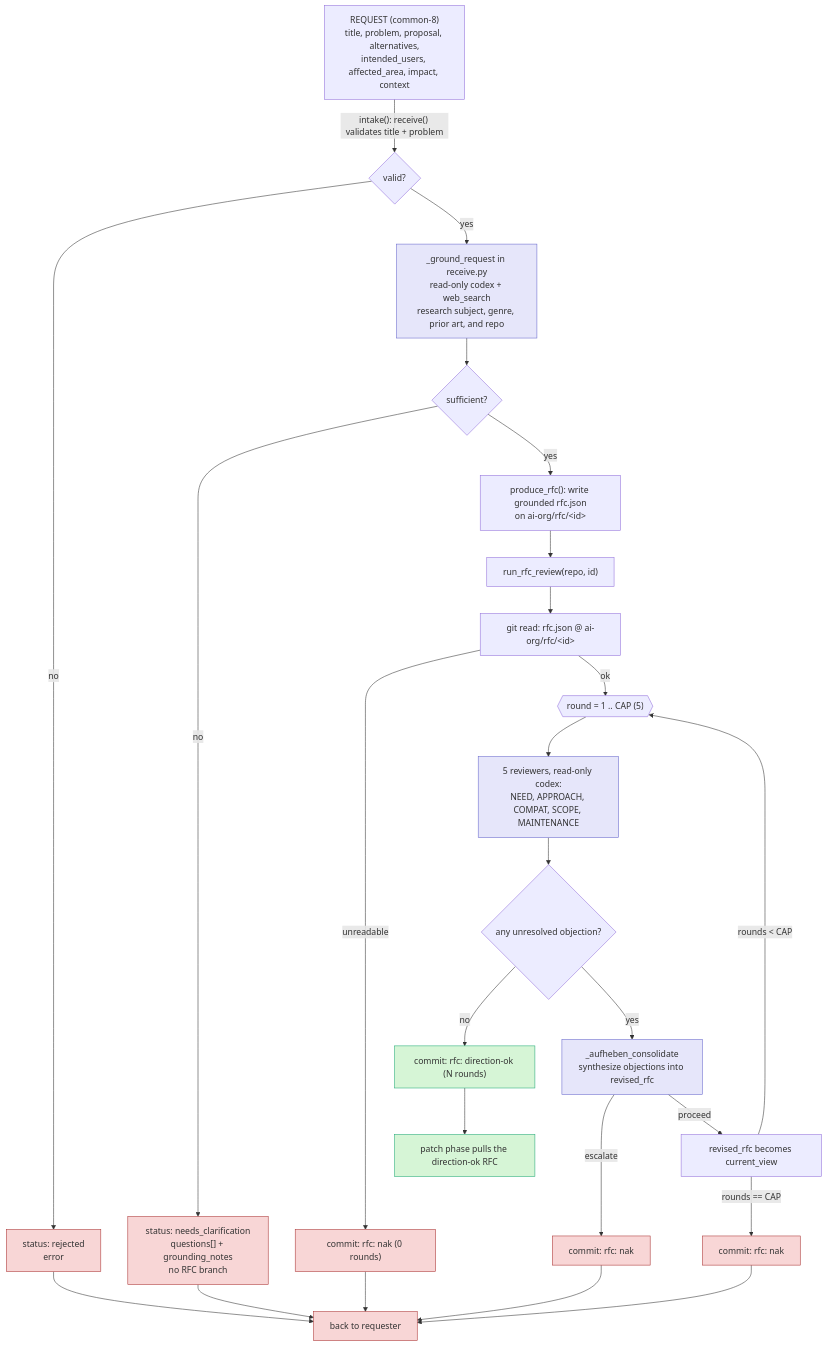
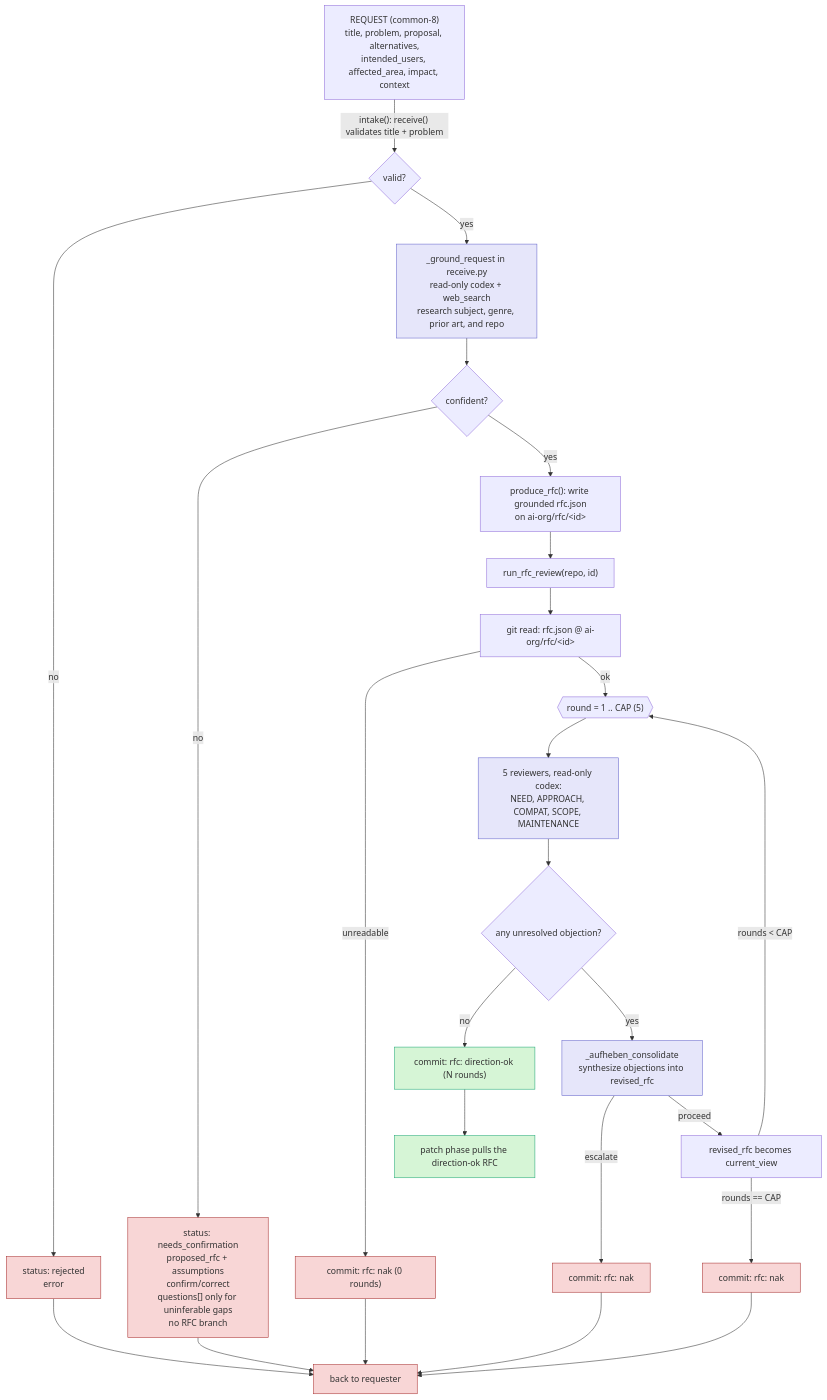
One commit to mishima-computing/ai-org-bootstrap-codex changed the diagram in docs/rfc-flow.md. Above: the diagram before and after it, drawn with Mermaid. The commit also changed other lines of this file and 2 other files, not shown here.

Commit message:
rfc/receive: grounding PROPOSES a best-guess interpretation to confirm, not blank questions
Per feedback: when a request is under-specified, use grounding to infer the most-likely interpretation and ask the
requester to confirm/correct it, instead of asking blank questions. Grounding now always builds a best-guess RFC;
if not confident, intake returns status 'needs_confirmation' with {proposed_rfc, assumptions (each inference phrased
to confirm/correct), questions (only for what research truly cannot resolve)} and creates NO branch (send-back asking
'is this what you mean?'). Confident -> promoted as before. Leverages grounding instead of a blank questionnaire.
docs/rfc-flow.md updated. tests green; isolated; schemas codex-valid.

````diff
--- a/docs/rfc-flow.md
+++ b/docs/rfc-flow.md
@@ -8,37 +8,37 @@
 ```mermaid
 flowchart TD
   REQ["REQUEST (common-8)<br/>title, problem, proposal, alternatives,<br/>intended_users, affected_area, impact, context"]
   REQ -->|"intake(): receive() validates title + problem"| V{valid?}
   V -->|no| REJ["status: rejected<br/>error"]
   V -->|yes| GROUND["_ground_request in receive.py<br/>read-only codex + web_search<br/>research subject, genre, prior art, and repo"]
-  GROUND --> S{sufficient?}
-  S -->|no| CLARIFY["status: needs_clarification<br/>questions[] + grounding_notes<br/>no RFC branch"]
+  GROUND --> S{confident?}
+  S -->|no| CONFIRM["status: needs_confirmation<br/>proposed_rfc + assumptions<br/>confirm/correct<br/>questions[] only for uninferable gaps<br/>no RFC branch"]
   S -->|yes| PROD["produce_rfc(): write grounded rfc.json<br/>on ai-org/rfc/&lt;id&gt;"]
 
   PROD --> RUN["run_rfc_review(repo, id)"]
   RUN --> READ["git read: rfc.json @ ai-org/rfc/&lt;id&gt;"]
   READ -->|unreadable| NAK0["commit: rfc: nak (0 rounds)"]
   READ -->|ok| LOOP{{"round = 1 .. CAP (5)"}}
   LOOP --> REV["5 reviewers, read-only codex:<br/>NEED, APPROACH, COMPAT, SCOPE, MAINTENANCE"]
   REV --> Q{any unresolved objection?}
   Q -->|no| DOK["commit: rfc: direction-ok (N rounds)"]
   Q -->|yes| AUF["_aufheben_consolidate<br/>synthesize objections into revised_rfc"]
   AUF -->|escalate| NAK1["commit: rfc: nak"]
   AUF -->|proceed| REVISE["revised_rfc becomes current_view"]
   REVISE -->|"rounds < CAP"| LOOP
   REVISE -->|"rounds == CAP"| NAK2["commit: rfc: nak"]
 
   DOK --> NEXT["patch phase pulls the direction-ok RFC"]
   REJ --> BACK["back to requester"]
-  CLARIFY --> BACK
+  CONFIRM --> BACK
   NAK0 --> BACK
   NAK1 --> BACK
   NAK2 --> BACK
 
   classDef ok fill:#d6f5d6,stroke:#2a7;
   classDef bad fill:#f8d6d6,stroke:#a33;
   classDef codex fill:#e6e6fa,stroke:#66c;
   class DOK,NEXT ok;
-  class REJ,CLARIFY,NAK0,NAK1,NAK2,BACK bad;
+  class REJ,CONFIRM,NAK0,NAK1,NAK2,BACK bad;
   class GROUND,REV,AUF codex;
 ```
````
